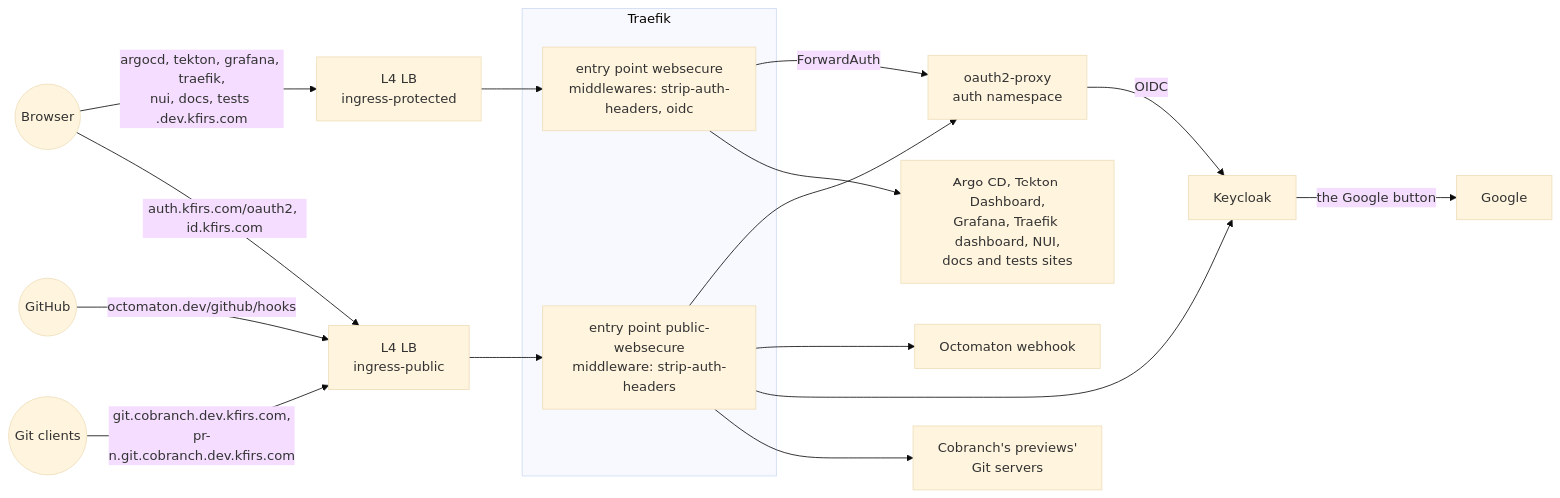
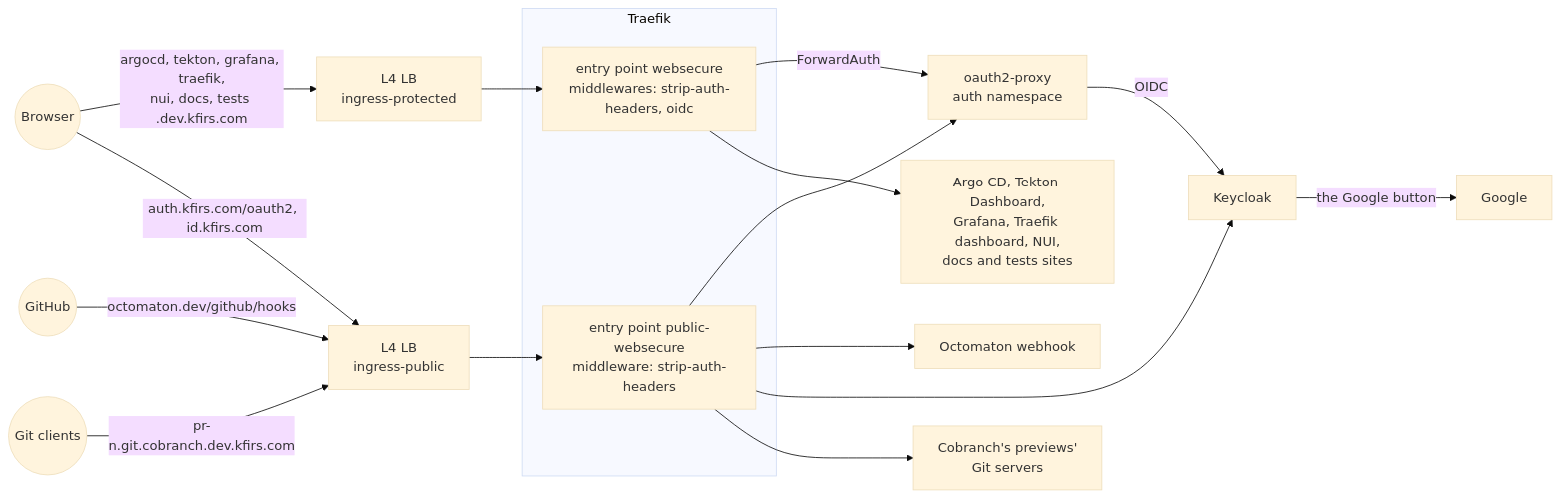
Before and after one commit to arikkfir-org/delivery: the first of 2 diagrams in docs/delivery/designs/phase-3-ingress-and-auth.md, drawn with Mermaid (base theme).

Commit message:
docs(phase-3): drop the demo's Git host from the diagram
Part of ENG-232

Claude-Session: https://claude.ai/code/session_01UQFik35WsxPj4V6MNYJVKx

````diff
--- a/docs/delivery/designs/phase-3-ingress-and-auth.md
+++ b/docs/delivery/designs/phase-3-ingress-and-auth.md
@@ -11,21 +11,21 @@
 ```mermaid
 flowchart LR
   U((Browser)) -- "argocd, tekton, grafana, traefik,<br/>nui, docs, tests .dev.kfirs.com" --> P[L4 LB<br/>ingress-protected]
   G((GitHub)) -- octomaton.dev/github/hooks --> Q[L4 LB<br/>ingress-public]
   U -- "auth.kfirs.com/oauth2, id.kfirs.com" --> Q
-  GC((Git clients)) -- "git.cobranch.dev.kfirs.com,<br/>pr-n.git.cobranch.dev.kfirs.com" --> Q
+  GC((Git clients)) -- "pr-n.git.cobranch.dev.kfirs.com" --> Q
   subgraph traefik[Traefik]
     WS[entry point websecure<br/>middlewares: strip-auth-headers, oidc]
     PW[entry point public-websecure<br/>middleware: strip-auth-headers]
   end
   P --> WS
   Q --> PW
   WS -- ForwardAuth --> O[oauth2-proxy<br/>auth namespace]
   WS --> APPS[Argo CD, Tekton Dashboard,<br/>Grafana, Traefik dashboard, NUI,<br/>docs and tests sites]
   PW --> O
   PW --> SB[Octomaton webhook]
   PW --> K
   PW --> GS[Cobranch's previews'<br/>Git servers]
   O -- OIDC --> K[Keycloak]
   K -- the Google button --> GO[Google]
 ```
````
